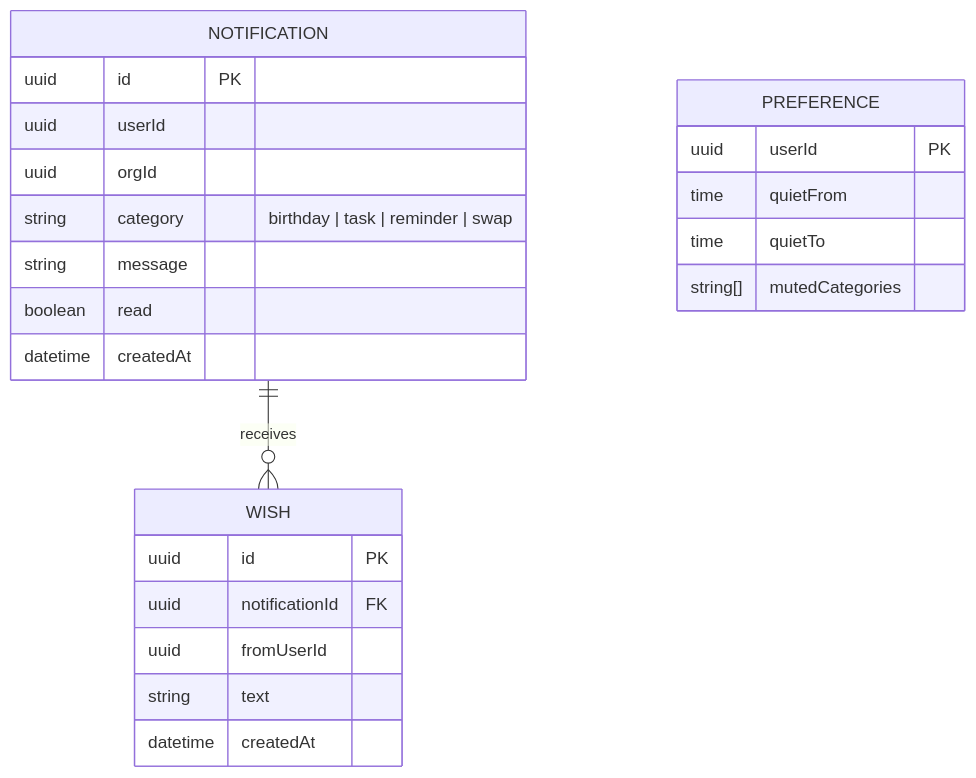
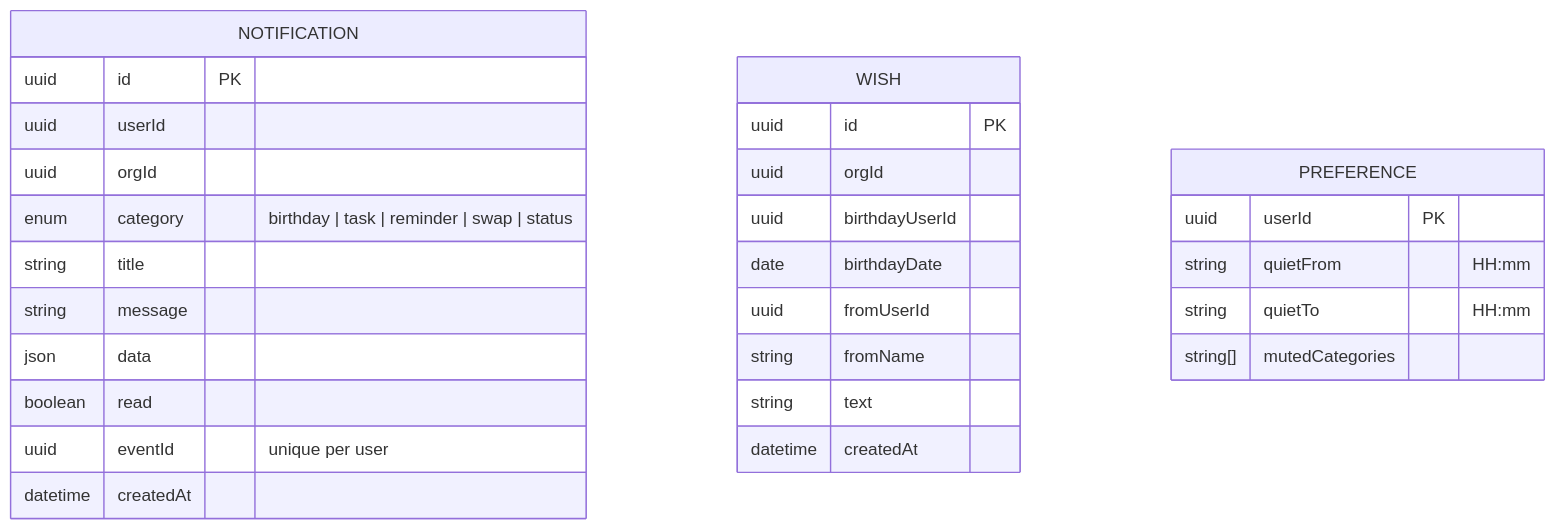
One commit to Vivianmurathimi/orgpulse changed the tenth of 11 diagrams in docs/architecture.md. Above: the diagram before and after it, drawn with Mermaid. The commit also changed other lines of this file and 5 other files, not shown here.

````diff
--- a/docs/architecture.md
+++ b/docs/architecture.md
@@ -322,26 +339,31 @@
 ```mermaid
 erDiagram
-    NOTIFICATION ||--o{ WISH : receives
     NOTIFICATION {
         uuid id PK
         uuid userId
         uuid orgId
-        string category "birthday | task | reminder | swap"
+        enum category "birthday | task | reminder | swap | status"
+        string title
         string message
+        json data
         boolean read
+        uuid eventId "unique per user"
         datetime createdAt
     }
     WISH {
         uuid id PK
-        uuid notificationId FK
+        uuid orgId
+        uuid birthdayUserId
+        date birthdayDate
         uuid fromUserId
+        string fromName
         string text
         datetime createdAt
     }
     PREFERENCE {
         uuid userId PK
-        time quietFrom
-        time quietTo
+        string quietFrom "HH:mm"
+        string quietTo "HH:mm"
         string[] mutedCategories
     }
 ```
````
